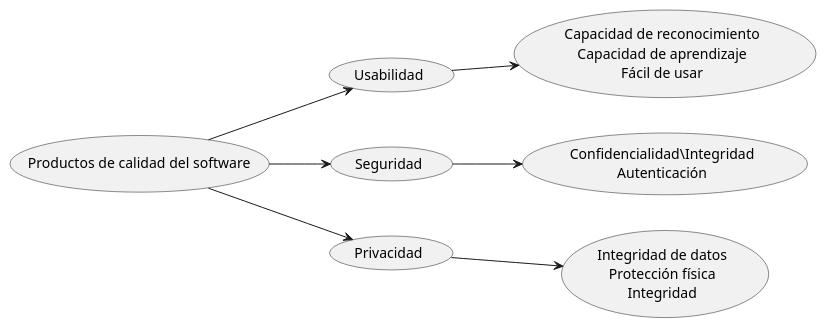
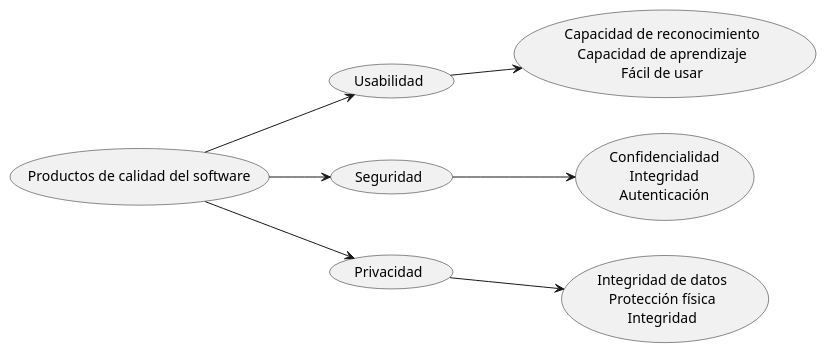
One commit to Arquisoft/lomap_es5a changed the diagram in docs/10_quality_scenarios.adoc. Above: the diagram before and after it, drawn with PlantUML.

Commit message:
Actualizado

```diff
--- a/docs/10_quality_scenarios.adoc
+++ b/docs/10_quality_scenarios.adoc
@@ -6,19 +6,19 @@
 [plantuml, "Quality tree", png]
 ----
 left to right direction
 (Productos de calidad del software) as (PDC)
 (Usabilidad) as (US)
 (Seguridad) as (SE)
 (Privacidad) as (PR)
 (Capacidad de reconocimiento\nCapacidad de aprendizaje\nFácil de usar) as (CCF)
-(Confidencialidad\Integridad\nAutenticación) as (CIA)
+(Confidencialidad\nIntegridad\nAutenticación) as (CIA)
 (Integridad de datos\nProtección física\nIntegridad) as (IPI)
 
 PDC --> US
 PDC --> SE
 PDC --> PR
 US --> CCF
 SE --> CIA
 PR --> IPI
 
 ----
```
